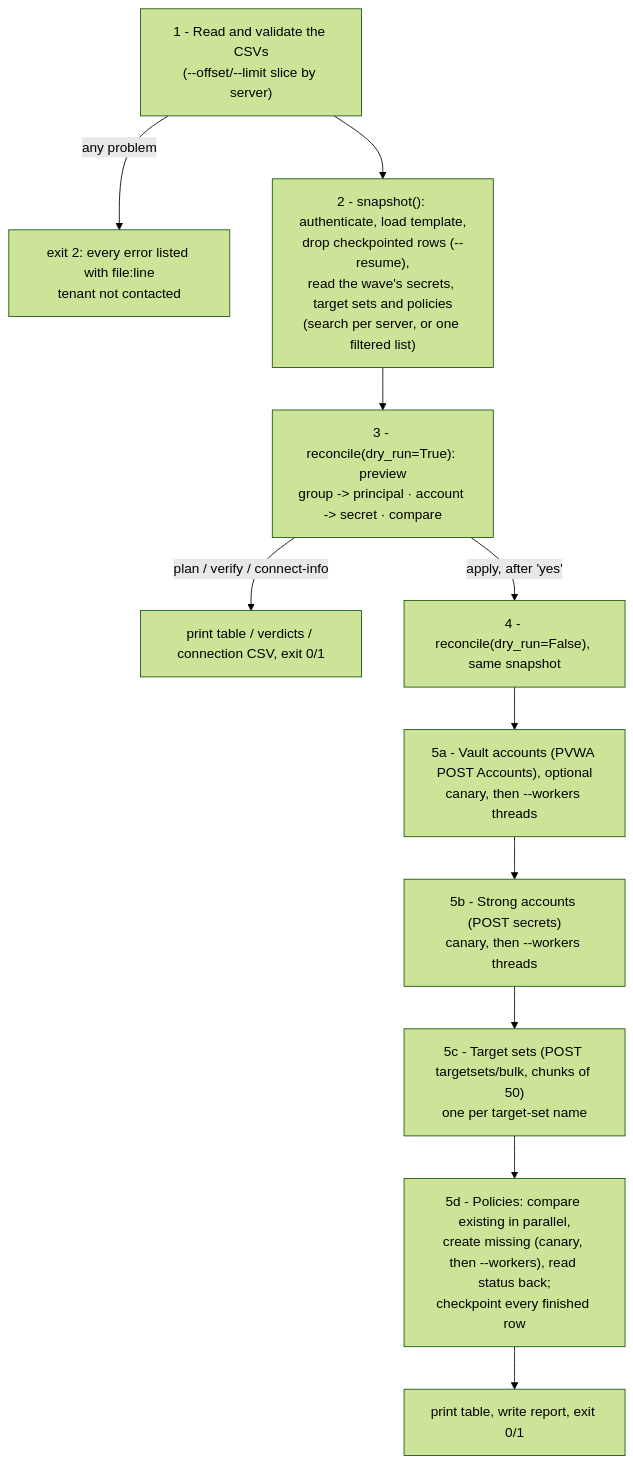
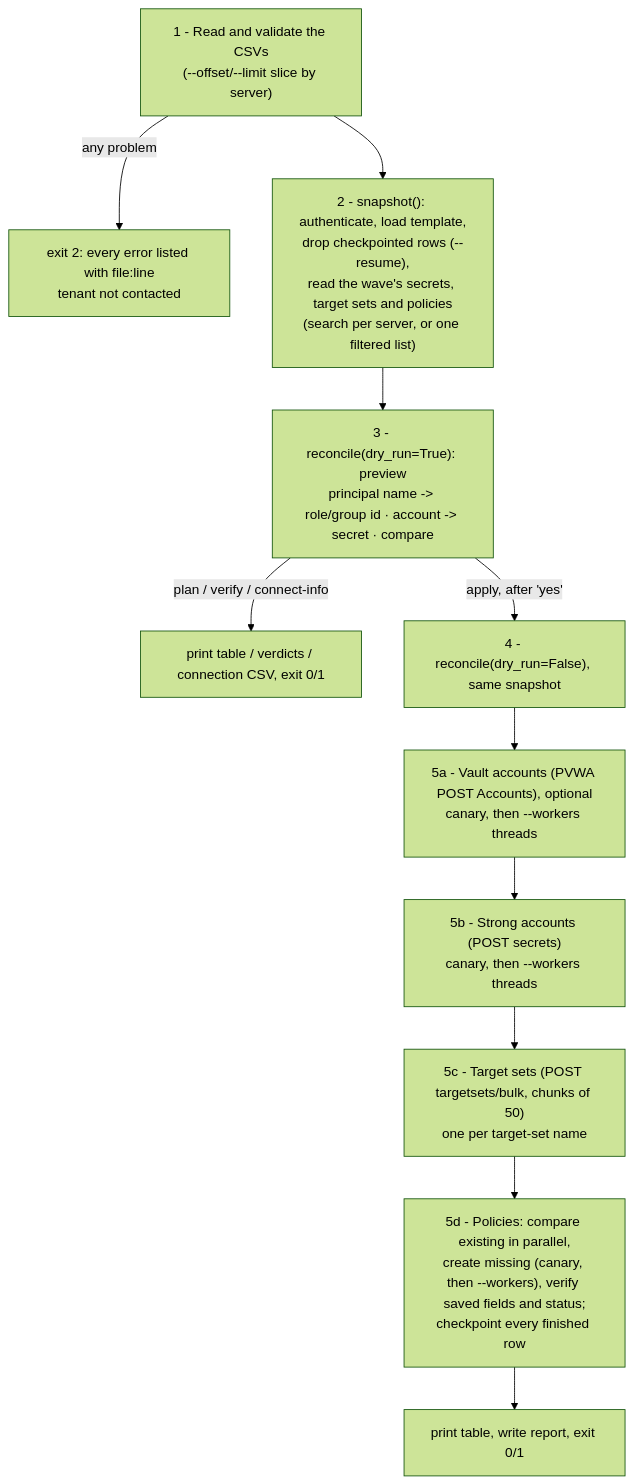
Before and after one commit to umair-wwt/sia-policy: the second of 3 diagrams in docs/DEVELOPER.md, drawn with Mermaid (forest theme). The commit also changed other lines of this file and 43 other files, not shown here.

First line of the commit message:
Add role principals and verify reconciliation outcomes

````diff
--- a/docs/DEVELOPER.md
+++ b/docs/DEVELOPER.md
@@ -109,13 +109,13 @@
 ```mermaid
 flowchart TD
     A["1 - Read and validate the CSVs<br/>(--offset/--limit slice by server)"] -->|any problem| X["exit 2: every error listed with file:line<br/>tenant not contacted"]
     A --> B["2 - snapshot(): authenticate, load template,<br/>drop checkpointed rows (--resume),<br/>read the wave's secrets, target sets and policies<br/>(search per server, or one filtered list)"]
-    B --> C["3 - reconcile(dry_run=True): preview<br/>group -> principal · account -> secret · compare"]
+    B --> C["3 - reconcile(dry_run=True): preview<br/>principal name -> role/group id · account -> secret · compare"]
     C -->|plan / verify / connect-info| R1["print table / verdicts / connection CSV, exit 0/1"]
     C -->|apply, after 'yes'| D["4 - reconcile(dry_run=False), same snapshot"]
     D --> E["5a - Vault accounts (PVWA POST Accounts), optional<br/>canary, then --workers threads"]
     E --> F["5b - Strong accounts (POST secrets)<br/>canary, then --workers threads"]
     F --> G["5c - Target sets (POST targetsets/bulk, chunks of 50)<br/>one per target-set name"]
-    G --> H["5d - Policies: compare existing in parallel,<br/>create missing (canary, then --workers), read status back;<br/>checkpoint every finished row"]
+    G --> H["5d - Policies: compare existing in parallel,<br/>create missing (canary, then --workers), verify saved fields and status;<br/>checkpoint every finished row"]
     H --> R2["print table, write report, exit 0/1"]
 ```
````
